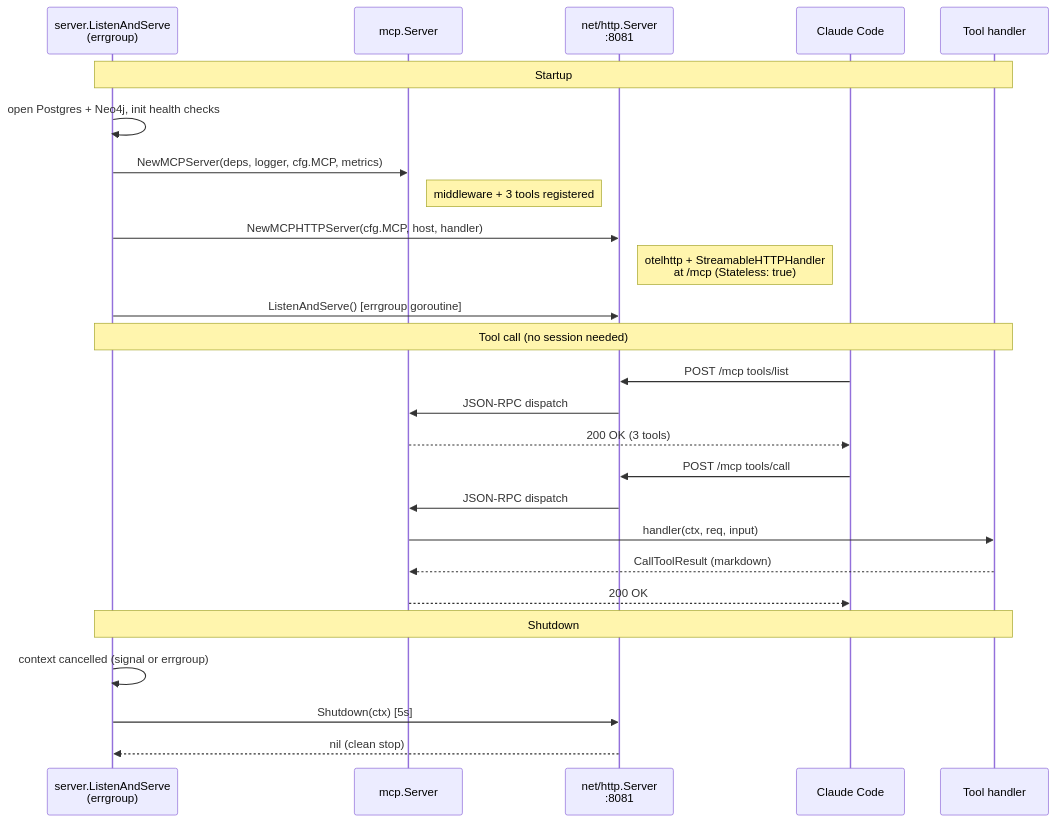
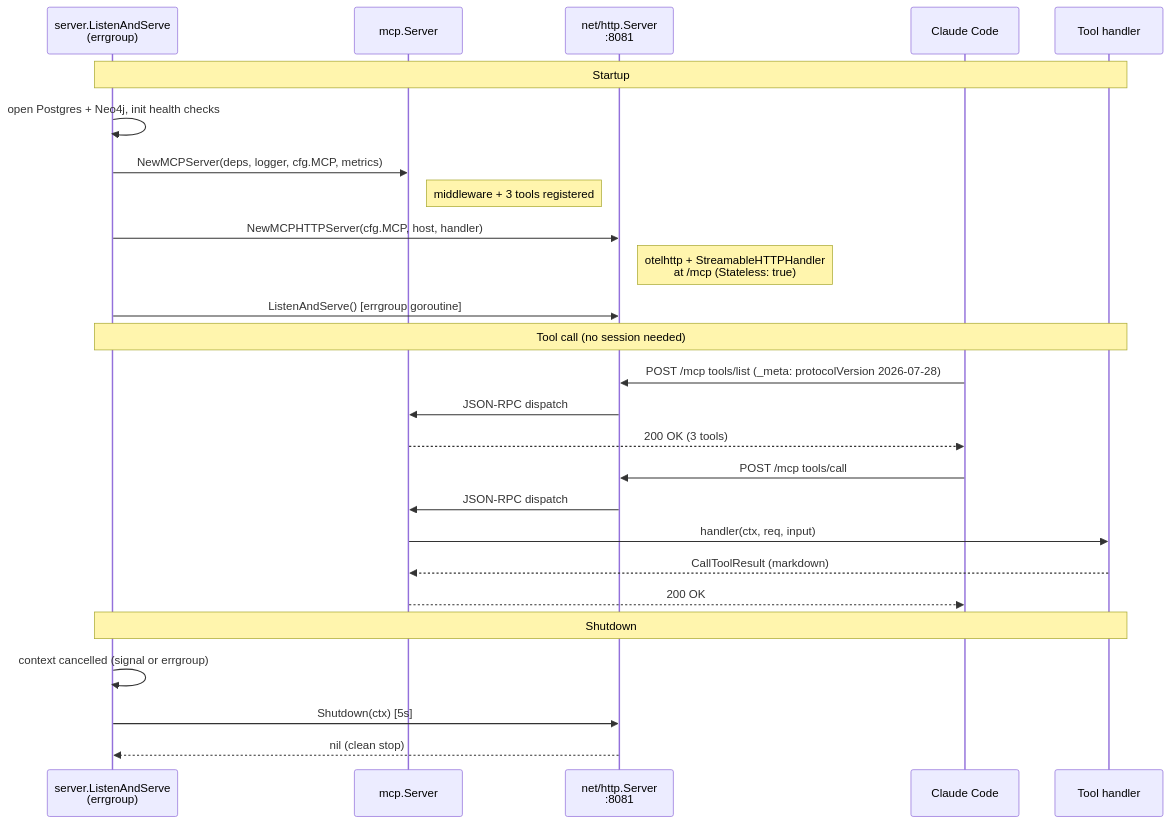
The first of 2 diagrams in docs/design/mcp-server.md (twistingmercury/mnemonic-docs), drawn with Mermaid before and after one commit. The commit also changed other lines of this file and 3 other files, not shown here.

First line of the commit message:
Document the MCP server on protocol 2026-07-28

````diff
--- a/docs/design/mcp-server.md
+++ b/docs/design/mcp-server.md
@@ -127,31 +138,31 @@
 ```mermaid
 sequenceDiagram
     participant Coord as server.ListenAndServe<br/>(errgroup)
     participant MCP as mcp.Server
     participant HTTP as net/http.Server<br/>:8081
     participant CC as Claude Code
     participant TH as Tool handler
 
     note over Coord,TH: Startup
     Coord->>Coord: open Postgres + Neo4j, init health checks
     Coord->>MCP: NewMCPServer(deps, logger, cfg.MCP, metrics)
     note right of MCP: middleware + 3 tools registered
     Coord->>HTTP: NewMCPHTTPServer(cfg.MCP, host, handler)
     note right of HTTP: otelhttp + StreamableHTTPHandler<br/>at /mcp (Stateless: true)
     Coord->>HTTP: ListenAndServe() [errgroup goroutine]
 
     note over Coord,TH: Tool call (no session needed)
-    CC->>HTTP: POST /mcp tools/list
+    CC->>HTTP: POST /mcp tools/list (_meta: protocolVersion 2026-07-28)
     HTTP->>MCP: JSON-RPC dispatch
     MCP-->>CC: 200 OK (3 tools)
     CC->>HTTP: POST /mcp tools/call
     HTTP->>MCP: JSON-RPC dispatch
     MCP->>TH: handler(ctx, req, input)
     TH-->>MCP: CallToolResult (markdown)
     MCP-->>CC: 200 OK
 
     note over Coord,TH: Shutdown
     Coord->>Coord: context cancelled (signal or errgroup)
     Coord->>HTTP: Shutdown(ctx) [5s]
     HTTP-->>Coord: nil (clean stop)
 ```
````
